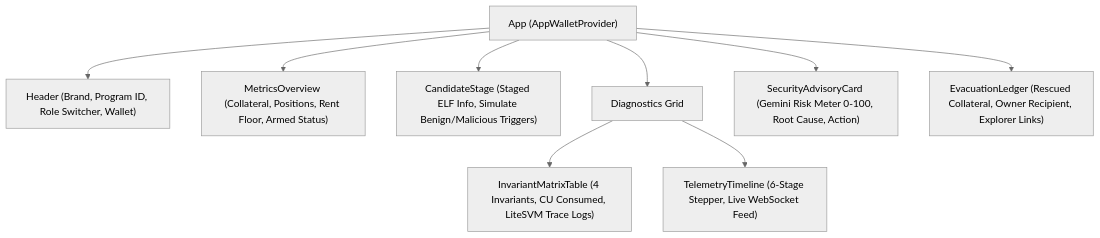
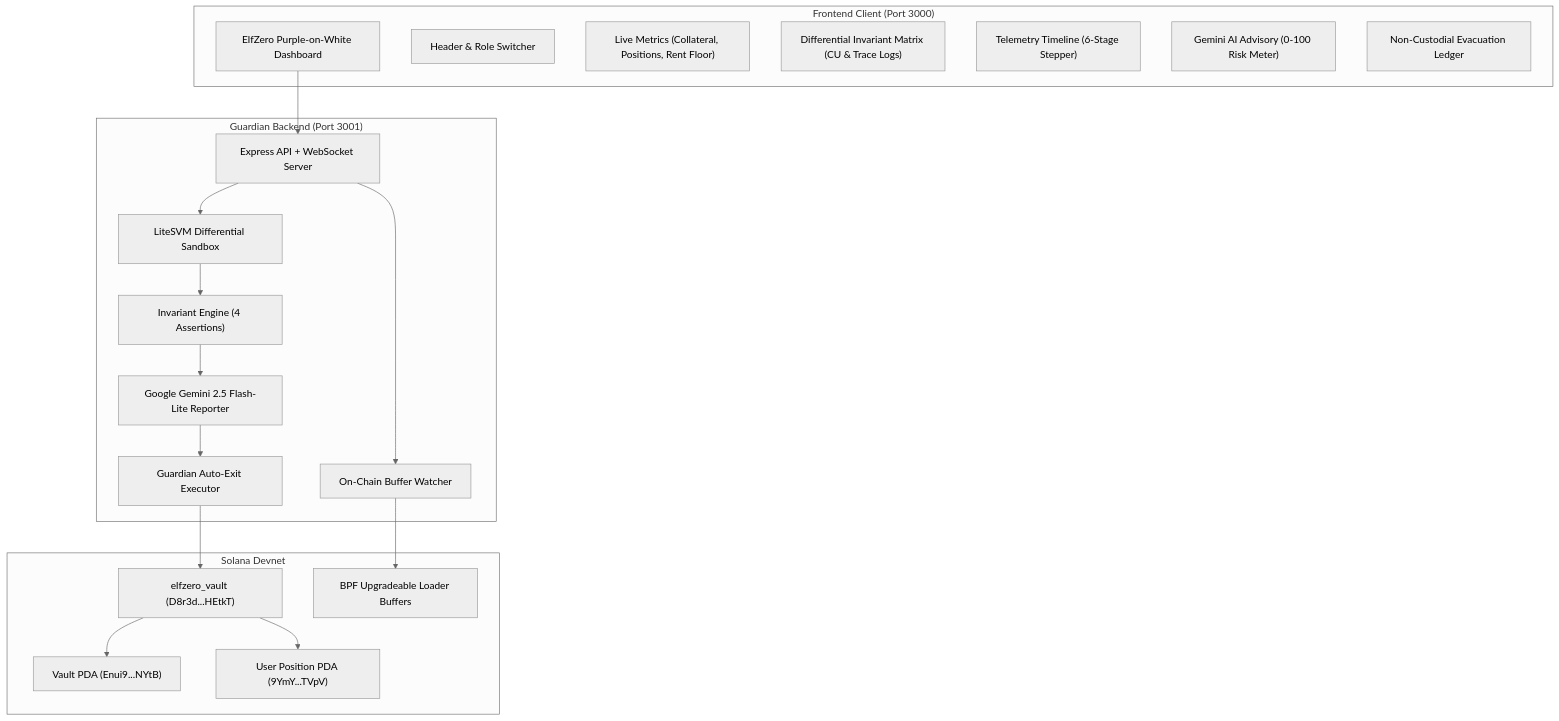
The diagram in PROGRESS.md (ruxy1212/elf-zero), drawn with Mermaid (neutral theme) before and after one commit. The commit also changed other lines of this file and 2 other files, not shown here.

Commit message:
feat: complete live integration and end-to-end verification for benign and malicious upgrades (step 6.3)

````diff
--- a/PROGRESS.md
+++ b/PROGRESS.md
@@ -34,11 +53,39 @@
 ```mermaid
 flowchart TD
-    App["App (AppWalletProvider)"] --> Header["Header (Brand, Program ID, Role Switcher, Wallet)"]
-    App --> Metrics["MetricsOverview (Collateral, Positions, Rent Floor, Armed Status)"]
-    App --> CandidateStage["CandidateStage (Staged ELF Info, Simulate Benign/Malicious Triggers)"]
-    App --> Grid["Diagnostics Grid"]
-    Grid --> InvariantTable["InvariantMatrixTable (4 Invariants, CU Consumed, LiteSVM Trace Logs)"]
-    Grid --> Timeline["TelemetryTimeline (6-Stage Stepper, Live WebSocket Feed)"]
-    App --> Advisory["SecurityAdvisoryCard (Gemini Risk Meter 0-100, Root Cause, Action)"]
-    App --> Evacuation["EvacuationLedger (Rescued Collateral, Owner Recipient, Explorer Links)"]
+    subgraph Frontend["Frontend Client (Port 3000)"]
+        UI["ElfZero Purple-on-White Dashboard"]
+        Header["Header & Role Switcher"]
+        Metrics["Live Metrics (Collateral, Positions, Rent Floor)"]
+        Matrix["Differential Invariant Matrix (CU & Trace Logs)"]
+        Timeline["Telemetry Timeline (6-Stage Stepper)"]
+        Advisory["Gemini AI Advisory (0-100 Risk Meter)"]
+        Ledger["Non-Custodial Evacuation Ledger"]
+    end
+
+    subgraph Backend["Guardian Backend (Port 3001)"]
+        API["Express API + WebSocket Server"]
+        Watcher["On-Chain Buffer Watcher"]
+        Sandbox["LiteSVM Differential Sandbox"]
+        Invariants["Invariant Engine (4 Assertions)"]
+        Gemini["Google Gemini 2.5 Flash-Lite Reporter"]
+        Executor["Guardian Auto-Exit Executor"]
+    end
+
+    subgraph Solana["Solana Devnet"]
+        Program["elfzero_vault (D8r3d...HEtkT)"]
+        VaultPDA["Vault PDA (Enui9...NYtB)"]
+        PositionPDA["User Position PDA (9YmY...TVpV)"]
+        BPF["BPF Upgradeable Loader Buffers"]
+    end
+
+    UI --> API
+    API --> Watcher
+    API --> Sandbox
+    Sandbox --> Invariants
+    Invariants --> Gemini
+    Gemini --> Executor
+    Watcher --> BPF
+    Executor --> Program
+    Program --> VaultPDA
+    Program --> PositionPDA
 ```
````
